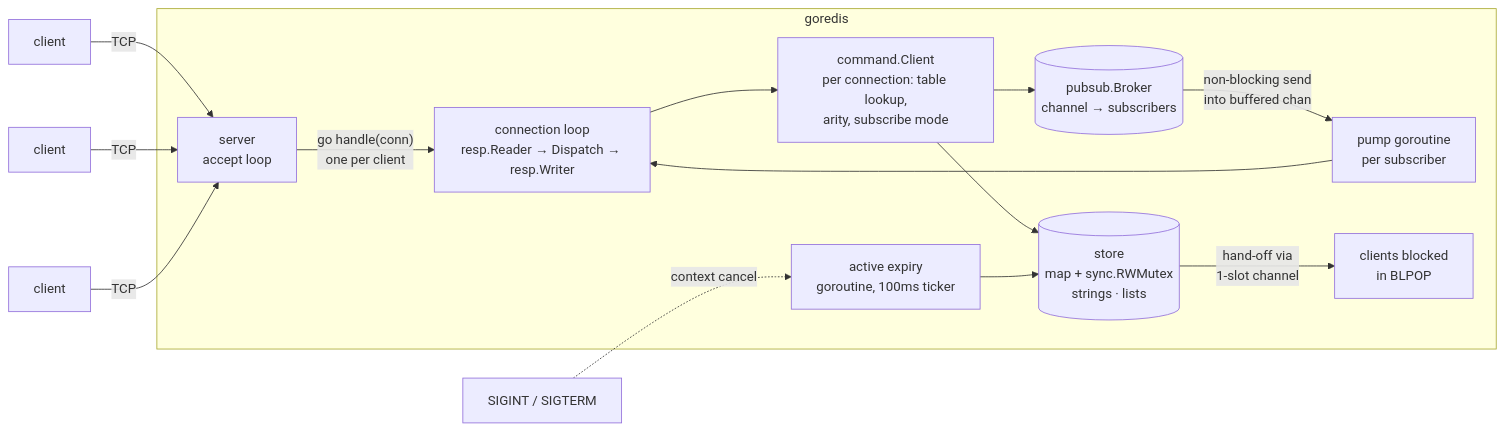
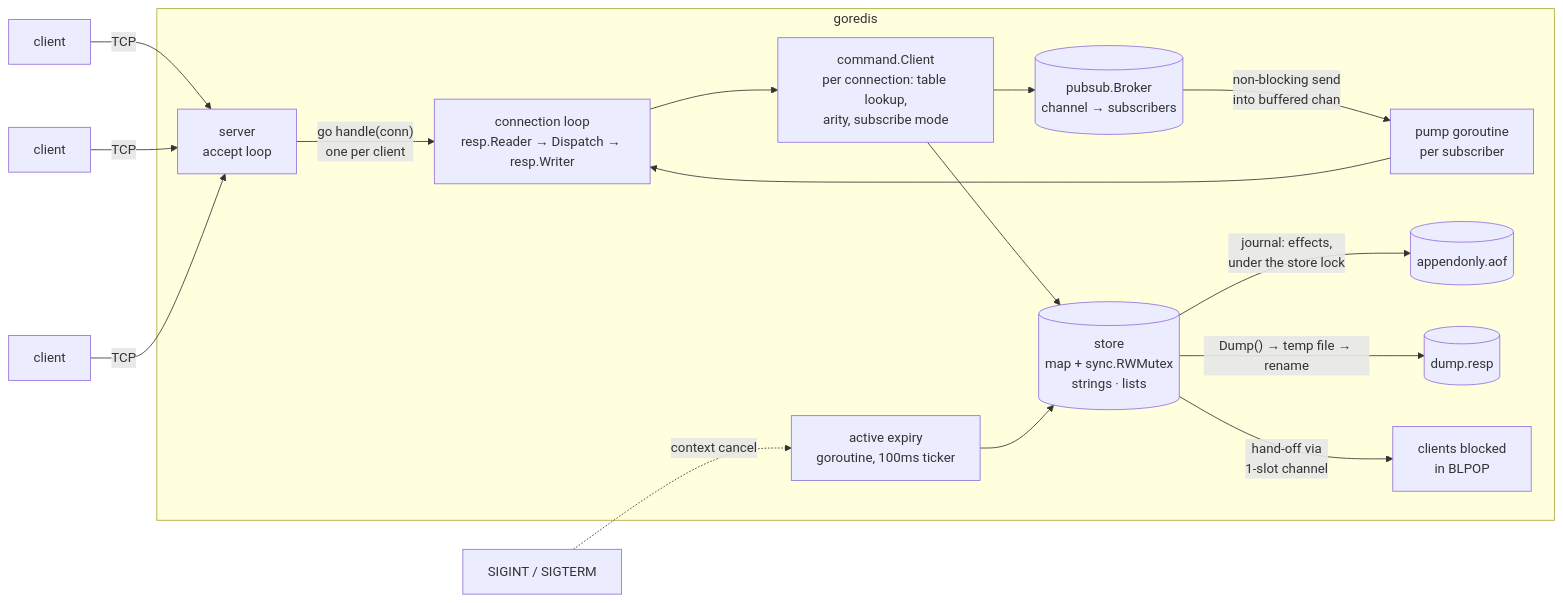
One commit to AbhishekBasnet/goredis changed the diagram in README.md. Above: the diagram before and after it, drawn with Mermaid. The commit also changed other lines of this file, not shown here.

````diff
--- a/README.md
+++ b/README.md
@@ -44,17 +52,19 @@
 ```mermaid
 flowchart LR
     C1[client] & C2[client] & C3[client] -- TCP --> A
 
     subgraph goredis
         A["server<br/>accept loop"] -->|"go handle(conn)<br/>one per client"| H["connection loop<br/>resp.Reader → Dispatch → resp.Writer"]
         H --> R["command.Client<br/>per connection: table lookup,<br/>arity, subscribe mode"]
         R --> PB[("pubsub.Broker<br/>channel → subscribers")]
         PB -- "non-blocking send<br/>into buffered chan" --> PU["pump goroutine<br/>per subscriber"]
         PU --> H
         R --> S[("store<br/>map + sync.RWMutex<br/>strings · lists")]
         E["active expiry<br/>goroutine, 100ms ticker"] --> S
+        S -- "journal: effects,<br/>under the store lock" --> AOF[("appendonly.aof")]
+        S -- "Dump() → temp file → rename" --> SNAP[("dump.resp")]
         S -- "hand-off via<br/>1-slot channel" --> B["clients blocked<br/>in BLPOP"]
     end
 
     SIG["SIGINT / SIGTERM"] -. "context cancel" .-> E
 ```
````
